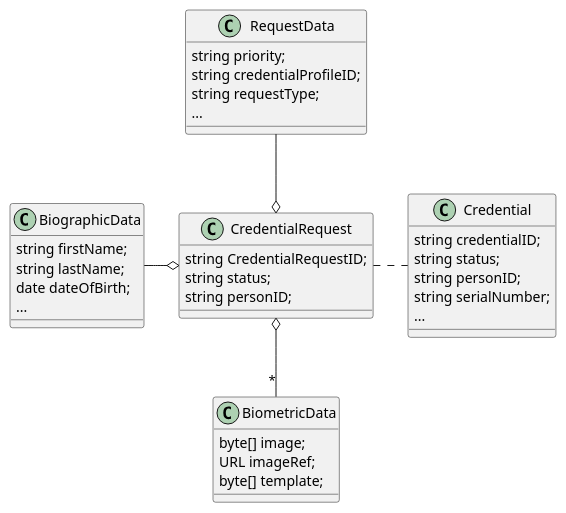
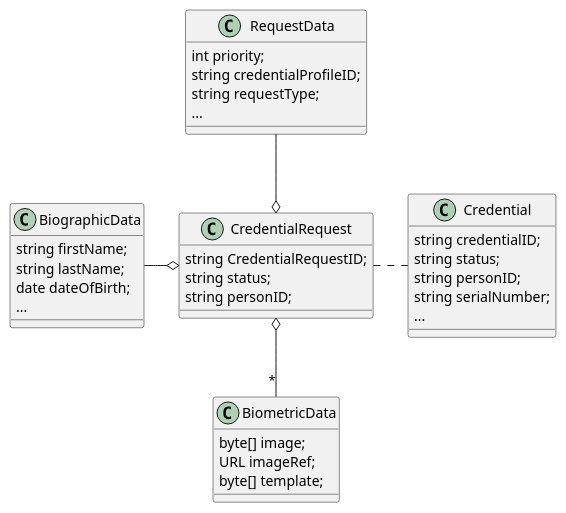
Before and after one commit to SecureIdentityAlliance/osia: the second of 2 diagrams in src/doc/functional/_cms.rst, drawn with PlantUML. The commit also changed 2 other files, not shown here.

Commit message:
fix: use an integer for all priority (ABIS, Enrollment and CMS)

```diff
--- a/src/doc/functional/_cms.rst
+++ b/src/doc/functional/_cms.rst
@@ -227,41 +227,41 @@
 .. uml::
     :caption: Credential Data Model
     :scale: 50%
 
     class Credential {
         string credentialID;
         string status;
         string personID;
         string serialNumber;
         ...
     }
 
     class CredentialRequest {
         string CredentialRequestID;
         string status;
         string personID;
     }
     CredentialRequest . Credential
 
     class BiographicData {
         string firstName;
         string lastName;
         date dateOfBirth;
         ...
     }
     BiographicData -o CredentialRequest
 
     class BiometricData {
         byte[] image;
         URL imageRef;
         byte[] template;
     }
     CredentialRequest o-- "*" BiometricData
 
     class RequestData {
-        string priority;
+        int priority;
         string credentialProfileID;
         string requestType;
         ...
     }
     RequestData --o CredentialRequest
```
